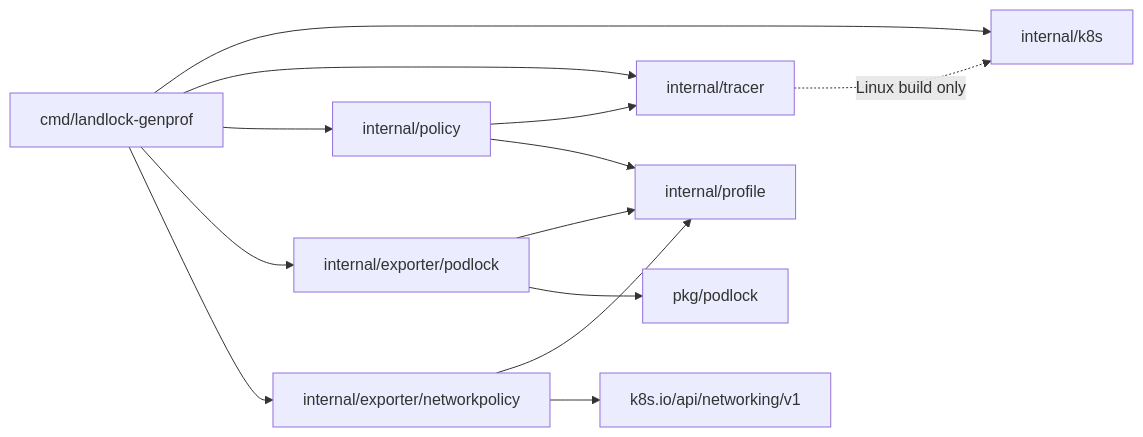
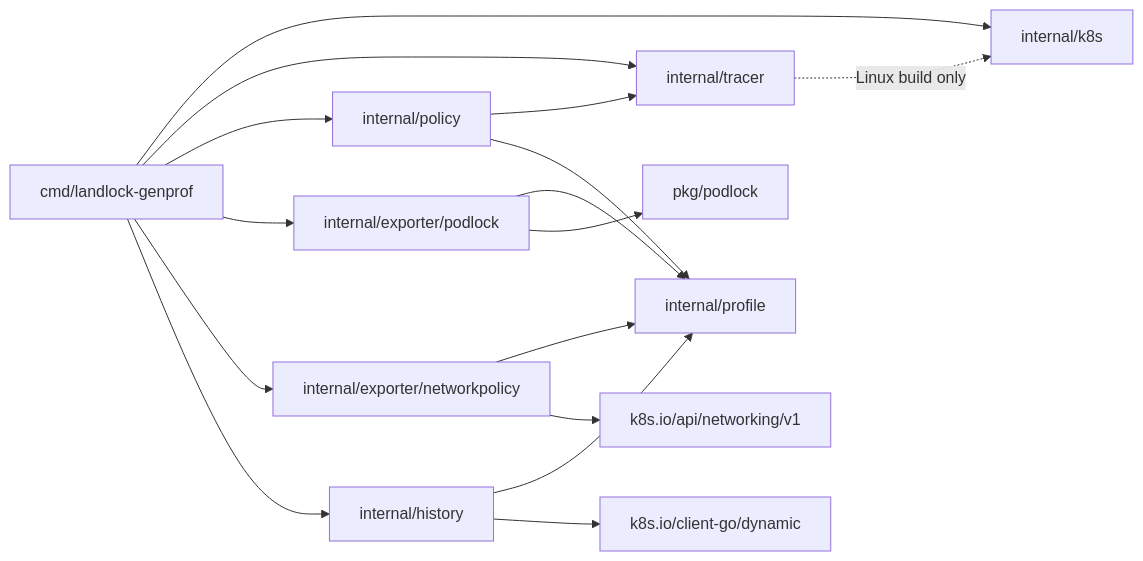
One commit to idriss-eliguene/landlock-genprof changed the third of 3 diagrams in docs/architecture.md. Above: the diagram before and after it, drawn with Mermaid. The commit also changed other lines of this file and 11 other files, not shown here.

````diff
--- a/docs/architecture.md
+++ b/docs/architecture.md
@@ -181,25 +181,30 @@
 ```mermaid
 flowchart LR
     cmd["cmd/landlock-genprof"]
     k8s["internal/k8s"]
     tracer["internal/tracer"]
     policy["internal/policy"]
     ir["internal/profile"]
     exporter["internal/exporter/podlock"]
     podlock["pkg/podlock"]
     netexporter["internal/exporter/networkpolicy"]
     netpolicyapi["k8s.io/api/networking/v1"]
+    history["internal/history"]
+    dynamicclient["k8s.io/client-go/dynamic"]
 
     cmd --> k8s
     cmd --> tracer
     cmd --> policy
     cmd --> exporter
     cmd --> netexporter
+    cmd --> history
     policy --> tracer
     policy --> ir
     exporter --> ir
     exporter --> podlock
     netexporter --> ir
     netexporter --> netpolicyapi
+    history --> ir
+    history --> dynamicclient
     tracer -. "Linux build only" .-> k8s
 ```
````
